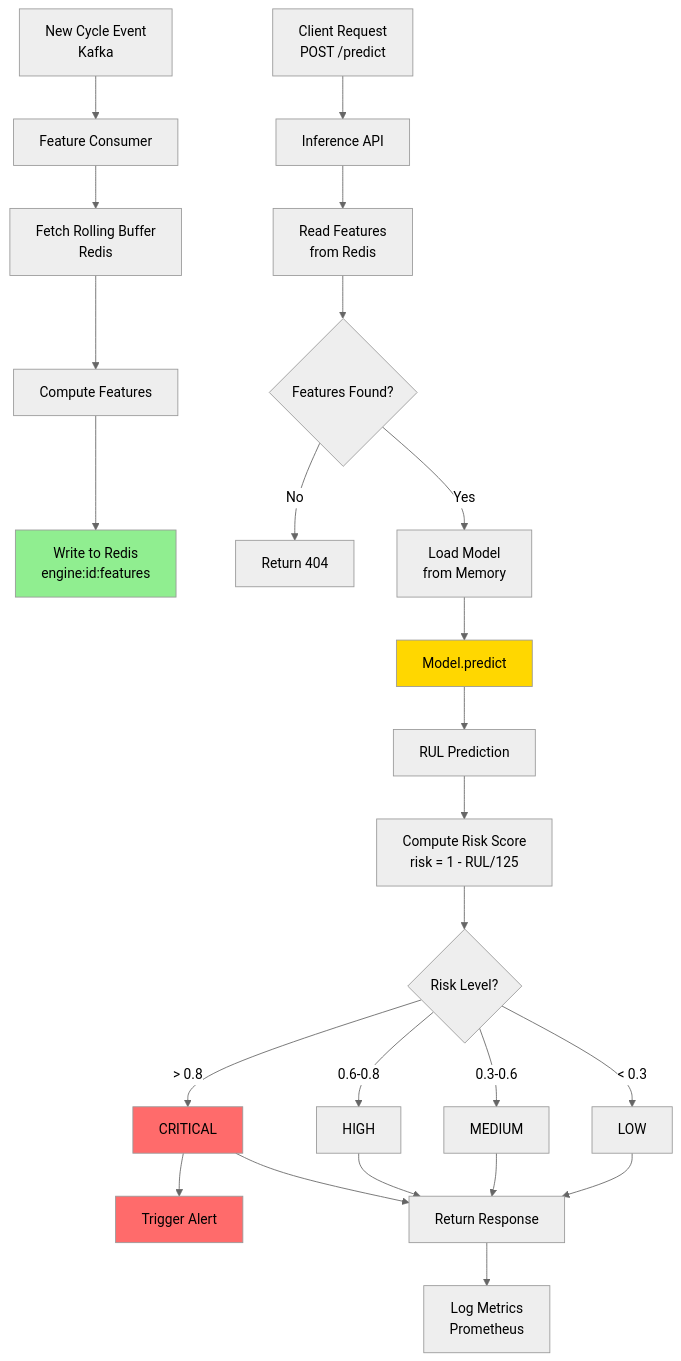
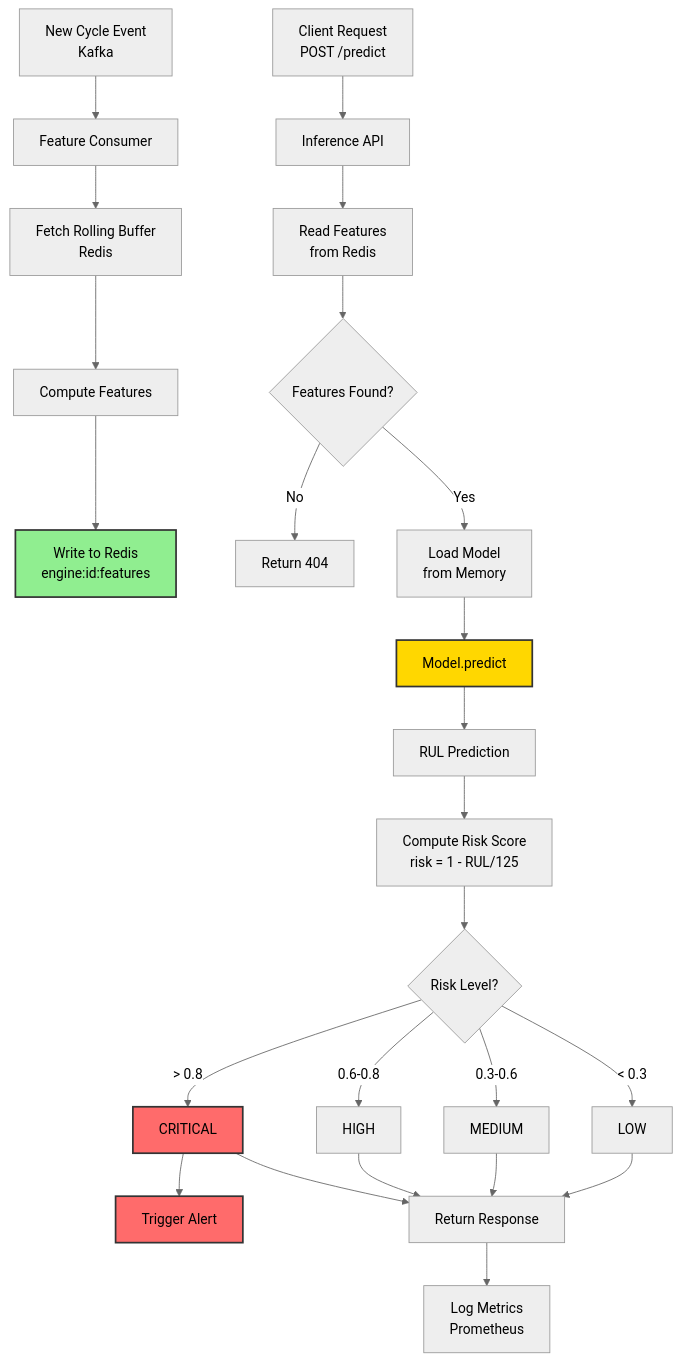
The seventh of 8 diagrams in docs/09_architecture.md (nasim-raj-laskar/Real-Time-Aircraft-Engine-Predictive-Maintenance-System), drawn with Mermaid (neutral theme) before and after one commit. The commit also changed other lines of this file and 8 other files, not shown here.

````diff
--- a/docs/09_architecture.md
+++ b/docs/09_architecture.md
@@ -326,39 +326,39 @@
 ```mermaid
 flowchart TD
     A[New Cycle Event<br/>Kafka] --> B[Feature Consumer]
     
     B --> C[Fetch Rolling Buffer<br/>Redis]
     C --> D[Compute Features]
     D --> E[Write to Redis<br/>engine:id:features]
     
     F[Client Request<br/>POST /predict] --> G[Inference API]
     G --> H[Read Features<br/>from Redis]
     
     H --> I{Features Found?}
     I -->|No| J[Return 404]
     I -->|Yes| K[Load Model<br/>from Memory]
     
     K --> L[Model.predict]
     L --> M[RUL Prediction]
     M --> N[Compute Risk Score<br/>risk = 1 - RUL/125]
     
     N --> O{Risk Level?}
     O -->|< 0.3| P[LOW]
     O -->|0.3-0.6| Q[MEDIUM]
     O -->|0.6-0.8| R[HIGH]
     O -->|> 0.8| S[CRITICAL]
     
     S --> T[Trigger Alert]
     
     P --> U[Return Response]
     Q --> U
     R --> U
     S --> U
     
     U --> V[Log Metrics<br/>Prometheus]
     
-    style E fill:#90EE90
-    style L fill:#FFD700
-    style S fill:#FF6B6B
-    style T fill:#FF6B6B
+    style E fill:#90EE90,stroke:#333,stroke-width:2px,color:#000
+    style L fill:#FFD700,stroke:#333,stroke-width:2px,color:#000
+    style S fill:#FF6B6B,stroke:#333,stroke-width:2px,color:#000
+    style T fill:#FF6B6B,stroke:#333,stroke-width:2px,color:#000
 ```
````
